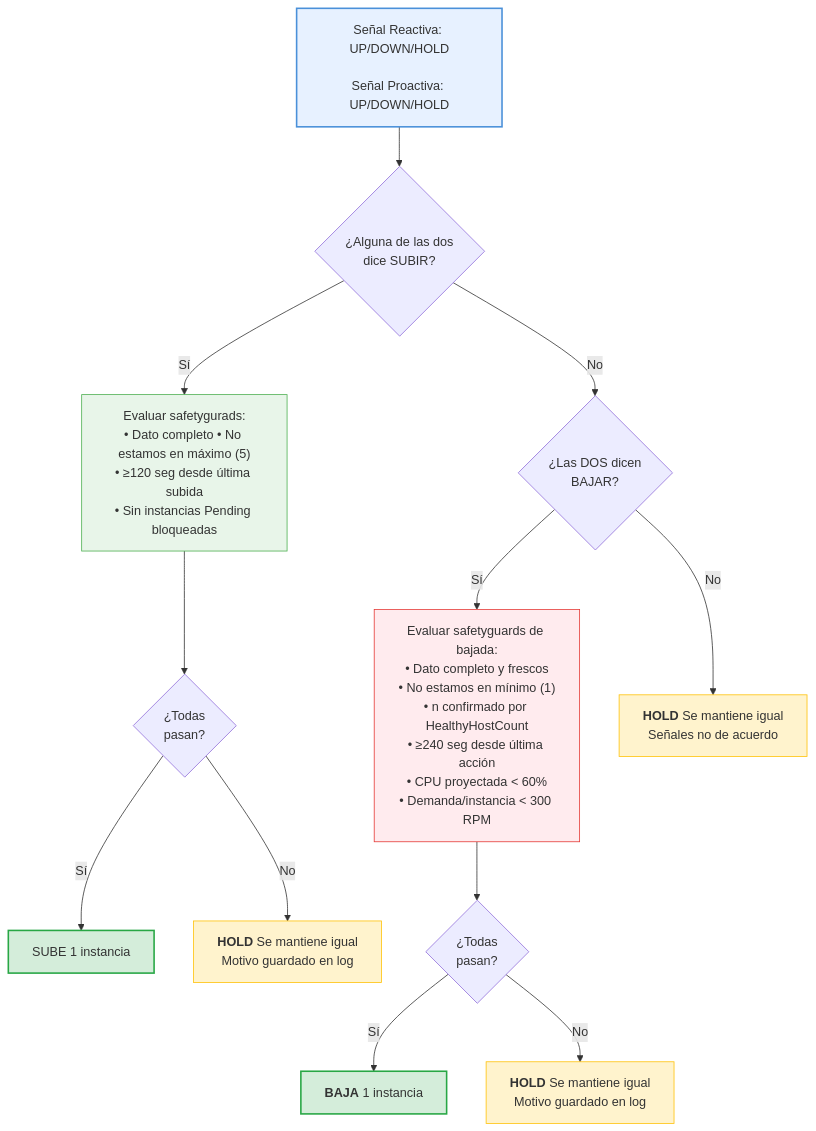
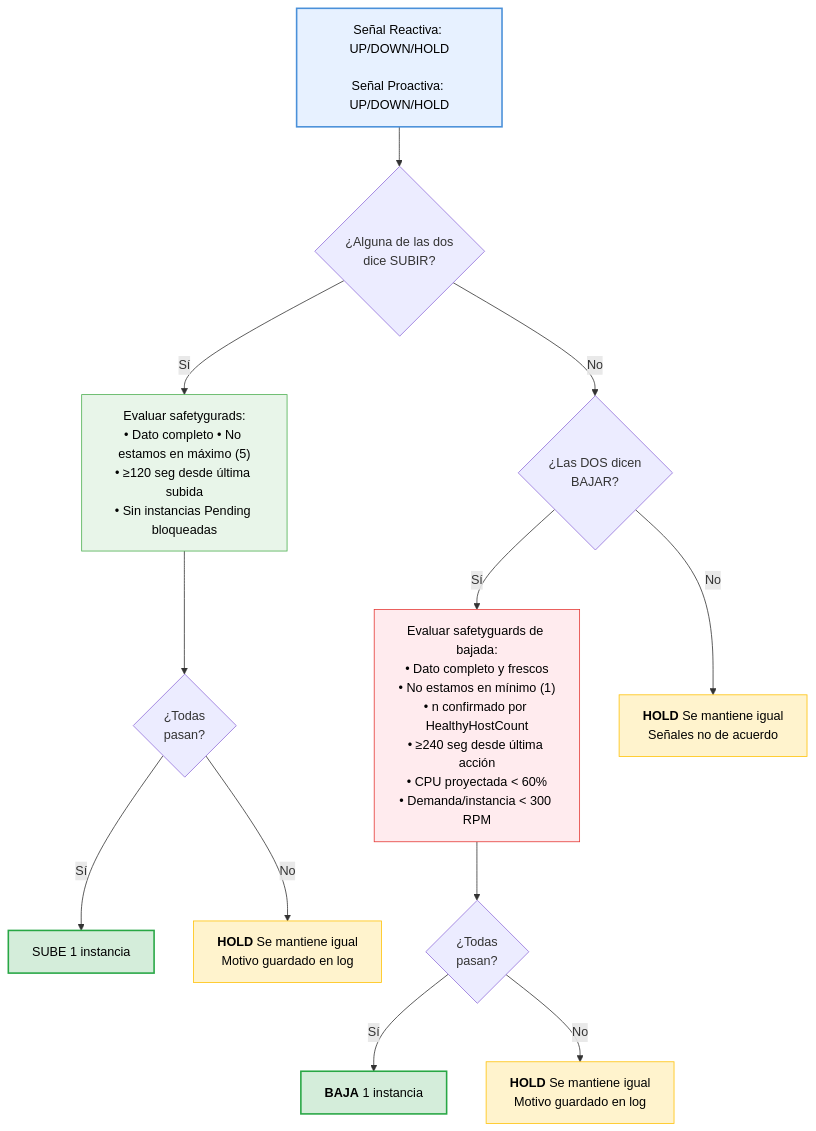
One commit to Lauraindabur/auto-scaling-controller changed the fourth of 4 diagrams in README.md. Above: the diagram before and after it, drawn with Mermaid. The commit also changed other lines of this file, not shown here.

````diff
--- a/README.md
+++ b/README.md
@@ -255,23 +283,23 @@
 ```mermaid
 flowchart TB
     START["Señal Reactiva: UP/DOWN/HOLD<br><br>Señal Proactiva: UP/DOWN/HOLD"] --> Q1{"¿Alguna de las dos<br>dice SUBIR?"}
     Q1 -- No --> Q2{"¿Las DOS dicen<br>BAJAR?"}
     Q1 -- Sí --> G1["Evaluar safetygurads:<br>• Dato completo • No estamos en máximo (5)<br>• ≥120 seg desde última subida<br>• Sin instancias Pending bloqueadas"]
     G1 --> G1R{"¿Todas<br>pasan?"}
     G1R -- Sí --> UP["SUBE 1 instancia"]
     G1R -- No --> WAIT1["`**HOLD** Se mantiene igual<br>Motivo guardado en log`"]
     Q2 -- Sí --> G2["Evaluar safetyguards de bajada:<br>• Dato completo y frescos<br>• No estamos en mínimo (1)<br>• n confirmado por HealthyHostCount<br>• ≥240 seg desde última acción<br>• CPU proyectada &lt; 60%<br>• Demanda/instancia &lt; 300 RPM"]
     G2 --> G2R{"¿Todas<br>pasan?"}
     G2R -- Sí --> DOWN["`**BAJA** 1 instancia`"]
     G2R -- No --> WAIT2["`**HOLD** Se mantiene igual<br>Motivo guardado en log`"]
     Q2 -- No --> WAIT3["`**HOLD** Se mantiene igual<br>Señales no de acuerdo`"]
 
-    style START fill:#e7f1ff,stroke:#4a90d9,stroke-width:2px
-    style G1 fill:#e8f5e9,stroke:#4caf50
-    style UP fill:#d4edda,stroke:#28a745,stroke-width:2px
-    style WAIT1 fill:#fff3cd,stroke:#ffc107,stroke-width:1px
-    style G2 fill:#ffebee,stroke:#e53935
-    style DOWN fill:#d4edda,stroke:#28a745,stroke-width:2px
-    style WAIT2 fill:#fff3cd,stroke:#ffc107,stroke-width:1px
-    style WAIT3 fill:#fff3cd,stroke:#ffc107,stroke-width:1px
+    style START fill:#e7f1ff,stroke:#4a90d9,stroke-width:2px,color:#000000
+    style G1 fill:#e8f5e9,stroke:#4caf50,color:#000000
+    style UP fill:#d4edda,stroke:#28a745,stroke-width:2px,color:#000000
+    style WAIT1 fill:#fff3cd,stroke:#ffc107,stroke-width:1px,color:#000000
+    style G2 fill:#ffebee,stroke:#e53935,color:#000000
+    style DOWN fill:#d4edda,stroke:#28a745,stroke-width:2px,color:#000000
+    style WAIT2 fill:#fff3cd,stroke:#ffc107,stroke-width:1px,color:#000000
+    style WAIT3 fill:#fff3cd,stroke:#ffc107,stroke-width:1px,color:#000000
 ```
````
